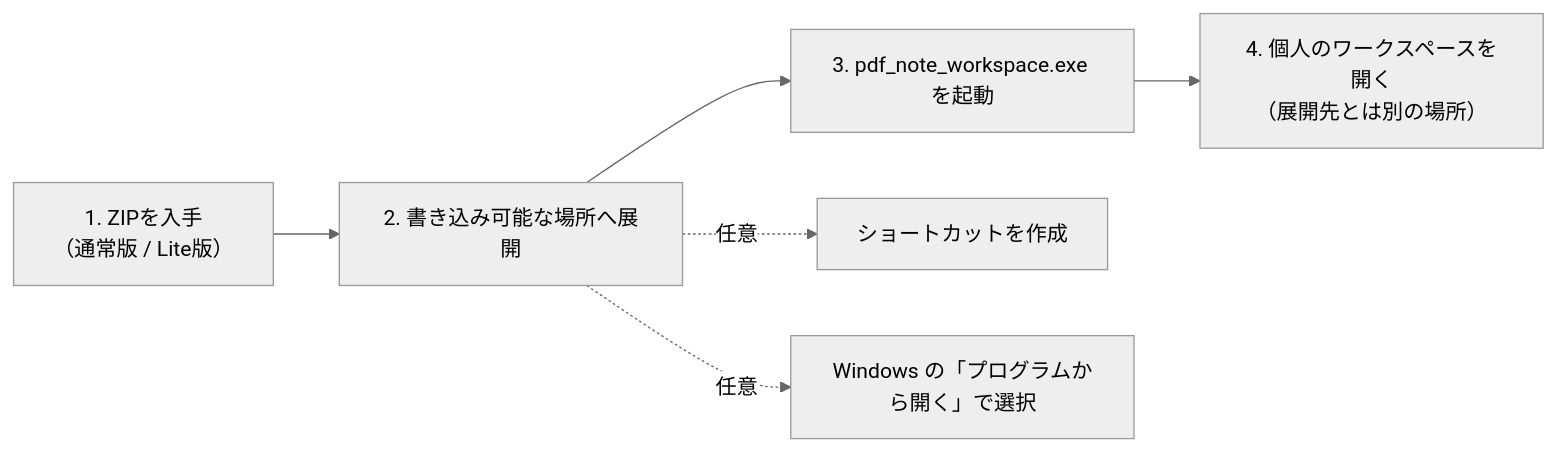
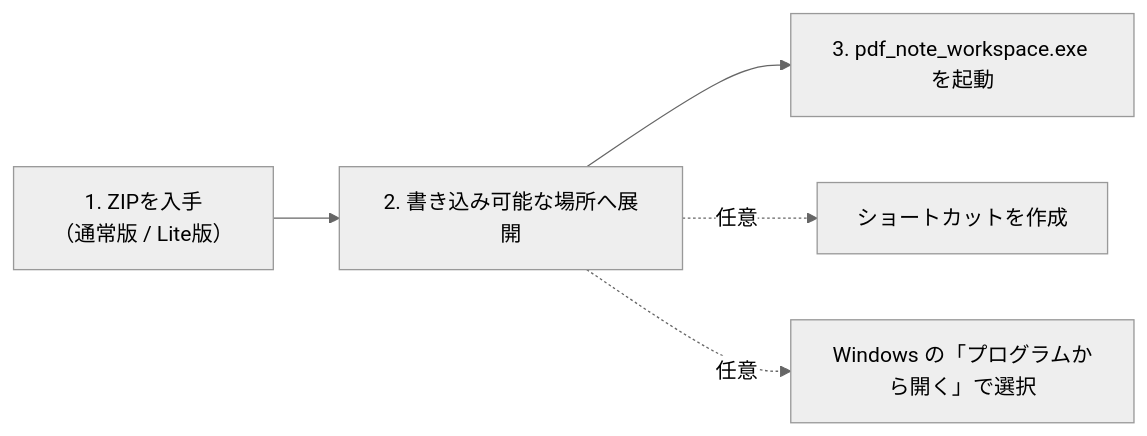
One commit to soone-y/OPEN_PDF-Note-Workspace changed the diagram in docs/ja/Getting_Started.md. Above: the diagram before and after it, drawn with Mermaid (neutral theme). The commit also changed other lines of this file and 205 other files, not shown here.

````diff
--- a/docs/ja/Getting_Started.md
+++ b/docs/ja/Getting_Started.md
@@ -9,8 +9,7 @@
 ```mermaid
 flowchart LR
     Z[1. ZIPを入手<br>（通常版 / Lite版）] --> E[2. 書き込み可能な場所へ展開]
     E --> A[3. pdf_note_workspace.exe を起動]
-    A --> W[4. 個人のワークスペースを開く<br>（展開先とは別の場所）]
     E -. 任意 .-> S[ショートカットを作成]
     E -. 任意 .-> O[Windows の「プログラムから開く」で選択]
 ```
````
